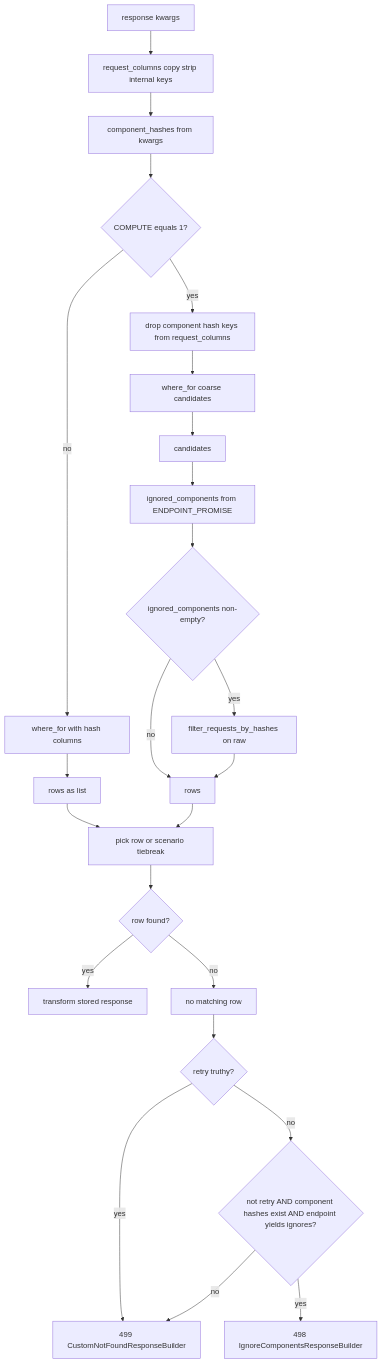
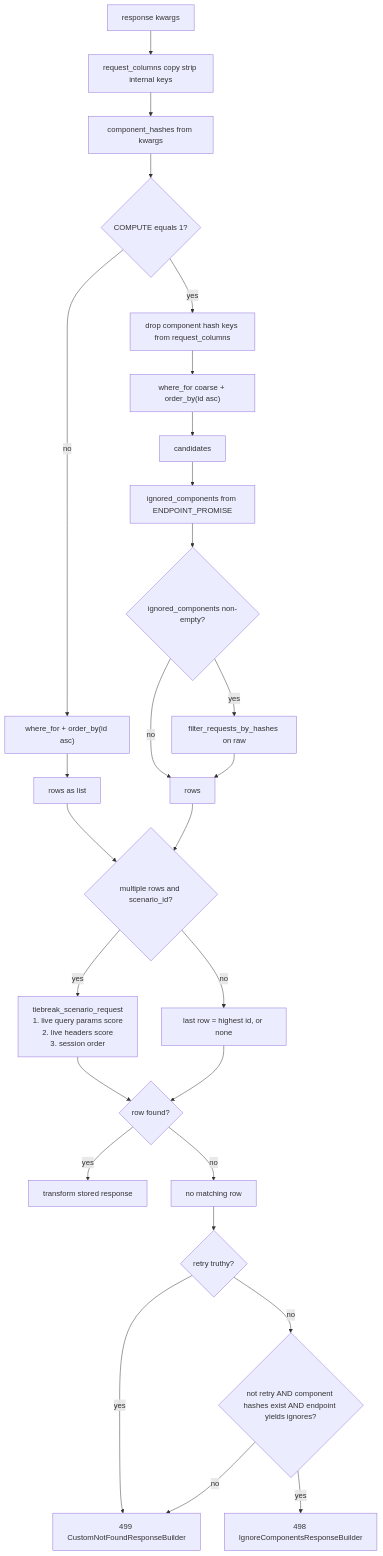
Before and after one commit to Stoobly/stoobly-agent: the second of 3 diagrams in docs/mock-request-matching.md, drawn with Mermaid. The commit also changed other lines of this file and 7 other files, not shown here.

Commit message:
Add tiebreak for duplicate requests using query params and headers

````diff
--- a/docs/mock-request-matching.md
+++ b/docs/mock-request-matching.md
@@ -92,28 +119,33 @@
 ```mermaid
 flowchart TB
   Start[response kwargs]
   Col[request_columns copy strip internal keys]
   Snap[component_hashes from kwargs]
   Comp{COMPUTE equals 1?}
   Start --> Col --> Snap --> Comp
-  Comp -->|no| ORM1[where_for with hash columns]
+  Comp -->|no| ORM1["where_for + order_by(id asc)"]
   ORM1 --> Rows1[rows as list]
   Comp -->|yes| Strip[drop component hash keys from request_columns]
-  Strip --> ORM2[where_for coarse candidates]
+  Strip --> ORM2["where_for coarse + order_by(id asc)"]
   ORM2 --> Rows2[candidates]
   Rows2 --> IG[ignored_components from ENDPOINT_PROMISE]
   IG --> CF{ignored_components non-empty?}
   CF -->|yes| Filt[filter_requests_by_hashes on raw]
   CF -->|no| Rows3[rows]
   Filt --> Rows3[rows]
-  Rows1 --> Pick[pick row or scenario tiebreak]
-  Rows3 --> Pick
-  Pick --> Got{row found?}
+  Rows1 --> Multi
+  Rows3 --> Multi
+  Multi{multiple rows and scenario_id?}
+  Multi -->|yes| TB["tiebreak_scenario_request<br/>1. live query params score<br/>2. live headers score<br/>3. session order"]
+  Multi -->|no| Last[last row = highest id, or none]
+  TB --> Got
+  Last --> Got
+  Got{row found?}
   Got -->|yes| OK[transform stored response]
   Got -->|no| NFD[no matching row]
   NFD --> RY{retry truthy?}
   RY -->|yes| R499[499 CustomNotFoundResponseBuilder]
   RY -->|no| EP2{not retry AND component hashes exist AND endpoint yields ignores?}
   EP2 -->|yes| R498[498 IgnoreComponentsResponseBuilder]
   EP2 -->|no| R499
 ```
````
